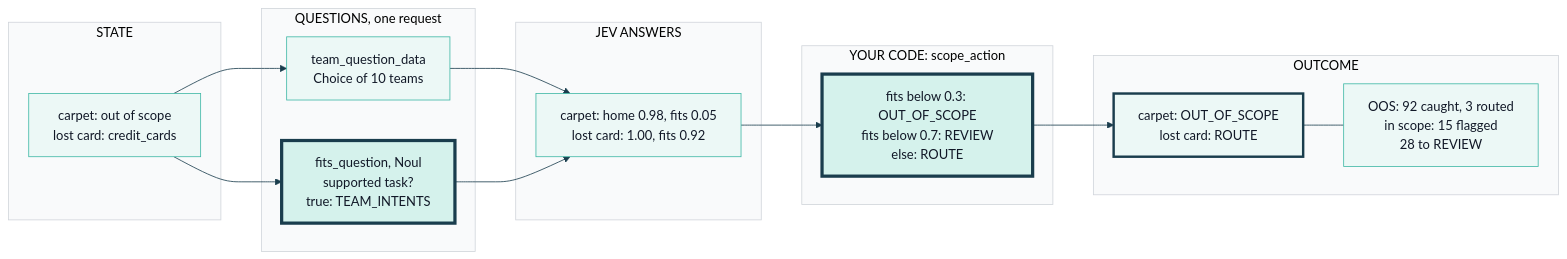
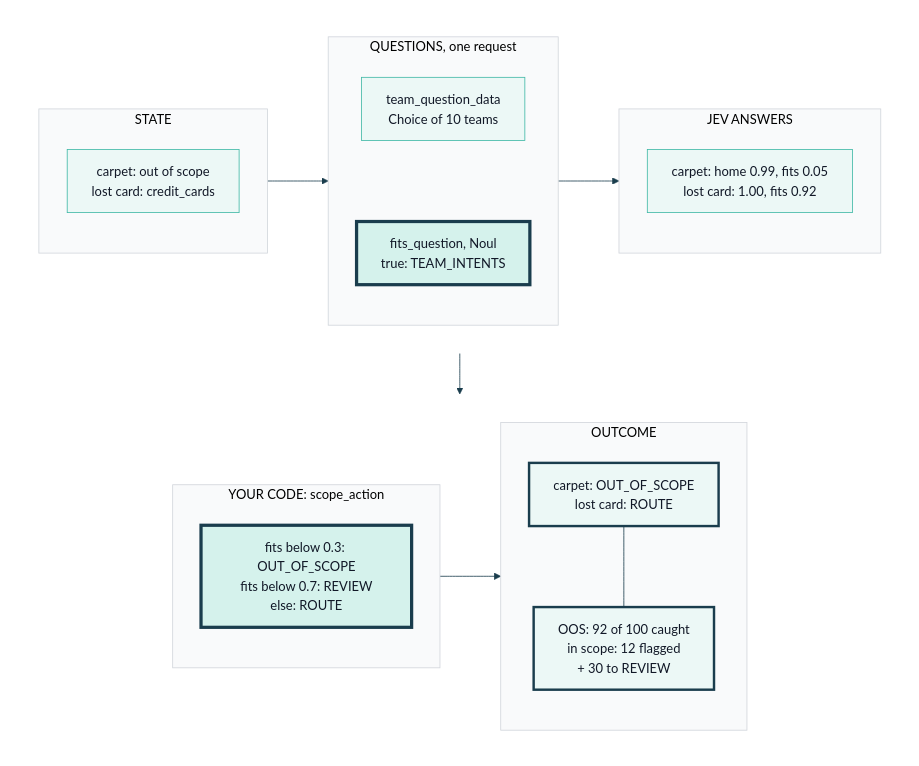
One commit to axel-sirota/getting_started_jev changed the diagram in course/diagrams/module_03/p2-solution-companion-noul.mmd. Above: the diagram before and after it, drawn with Mermaid. The commit also changed 41 other files, not shown here.

Commit message:
Module 3: notebooks and diagrams

```diff
--- a/course/diagrams/module_03/p2-solution-companion-noul.mmd
+++ b/course/diagrams/module_03/p2-solution-companion-noul.mmd
@@ -1,30 +1,43 @@
 %%{init: {"theme": "base", "themeVariables": {"fontFamily": "Inter, sans-serif", "primaryColor": "#ECF8F6", "primaryBorderColor": "#40B8A6", "primaryTextColor": "#111827", "lineColor": "#1A3D4D", "secondaryColor": "#F9FAFB", "tertiaryColor": "#FFFFFF", "clusterBkg": "#F9FAFB", "clusterBorder": "#D1D5DB", "actorBkg": "#ECF8F6", "actorBorder": "#40B8A6", "noteBkgColor": "#FFF6DA", "noteBorderColor": "#E0B84C"}}}%%
-flowchart LR
-  subgraph STATE["STATE"]
-    S["carpet: out of scope<br/>lost card: credit_cards"]
+flowchart TB
+  subgraph ROW1[" "]
+    direction LR
+    subgraph STATE["STATE"]
+      S["carpet: out of scope<br/>lost card: credit_cards"]
+    end
+    subgraph QUESTIONS["QUESTIONS, one request"]
+      direction TB
+      Q1["team_question_data<br/>Choice of 10 teams"]
+      Q2["fits_question, Noul<br/>true: TEAM_INTENTS"]
+      Q1 ~~~ Q2
+    end
+    subgraph ANSWERS["JEV ANSWERS"]
+      A["carpet: home 0.99, fits 0.05<br/>lost card: 1.00, fits 0.92"]
+    end
+    STATE --> QUESTIONS --> ANSWERS
   end
-  subgraph QUESTIONS["QUESTIONS, one request"]
-    Q1["team_question_data<br/>Choice of 10 teams"]
-    Q2["fits_question, Noul<br/>supported task?<br/>true: TEAM_INTENTS"]
+  subgraph ROW2[" "]
+    direction LR
+    subgraph CODE["YOUR CODE: scope_action"]
+      C["fits below 0.3: OUT_OF_SCOPE<br/>fits below 0.7: REVIEW<br/>else: ROUTE"]
+    end
+    subgraph OUTCOME["OUTCOME"]
+      O["carpet: OUT_OF_SCOPE<br/>lost card: ROUTE"]
+      R["OOS: 92 of 100 caught<br/>in scope: 12 flagged<br/>+ 30 to REVIEW"]
+      O --- R
+    end
+    CODE --> OUTCOME
   end
-  subgraph ANSWERS["JEV ANSWERS"]
-    A["carpet: home 0.98, fits 0.05<br/>lost card: 1.00, fits 0.92"]
-  end
-  subgraph CODE["YOUR CODE: scope_action"]
-    C["fits below 0.3: OUT_OF_SCOPE<br/>fits below 0.7: REVIEW<br/>else: ROUTE"]
-  end
-  subgraph OUTCOME["OUTCOME"]
-    O["carpet: OUT_OF_SCOPE<br/>lost card: ROUTE"]
-    R["OOS: 92 caught, 3 routed<br/>in scope: 15 flagged<br/>28 to REVIEW"]
-  end
-  S --> Q1 --> A
-  S --> Q2 --> A
-  A --> C --> O
-  O --- R
+  ROW1 --> ROW2
 
   classDef fail fill:#FDECEA,stroke:#B42318,stroke-width:4px
   classDef changed fill:#D5F2EC,stroke:#1A3D4D,stroke-width:4px
   classDef ok fill:#ECF8F6,stroke:#1A3D4D,stroke-width:3px
+  classDef muted fill:#F3F4F6,stroke:#9CA3AF,stroke-width:2px,color:#6B7280
+  classDef human fill:#FFF6DA,stroke:#E0B84C,stroke-width:3px
+  style ROW1 fill:none,stroke:none
+  style ROW2 fill:none,stroke:none
   class Q2 changed
   class C changed
   class O ok
+  class R ok
```
